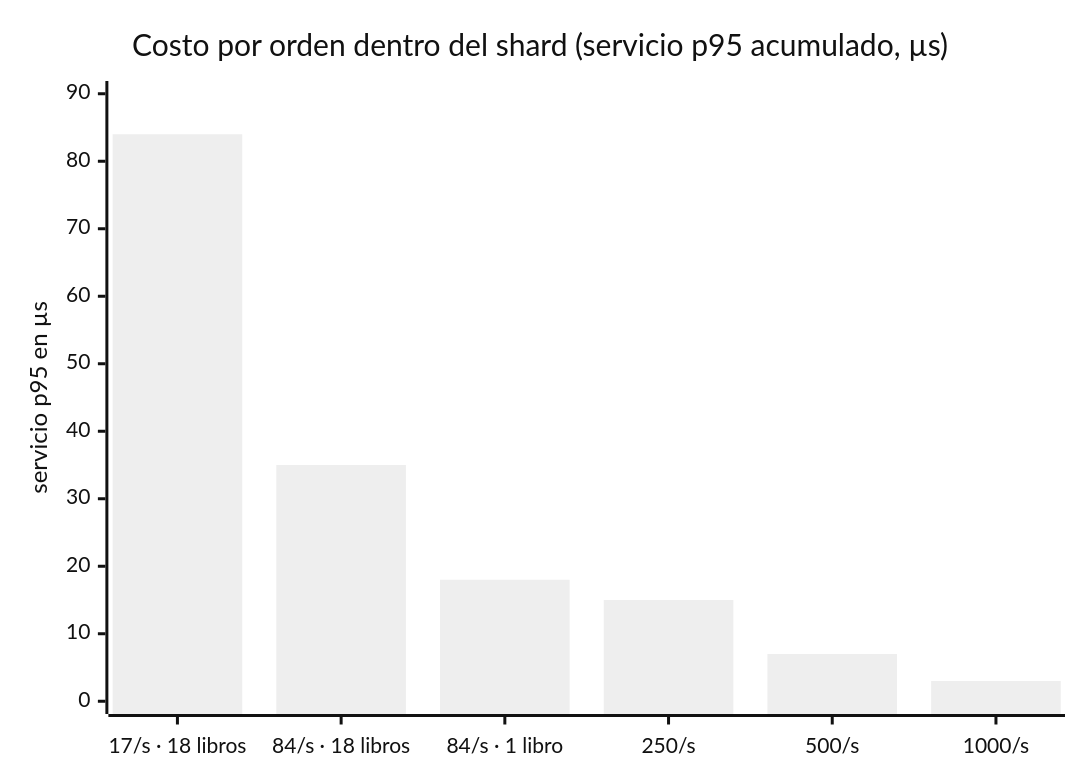
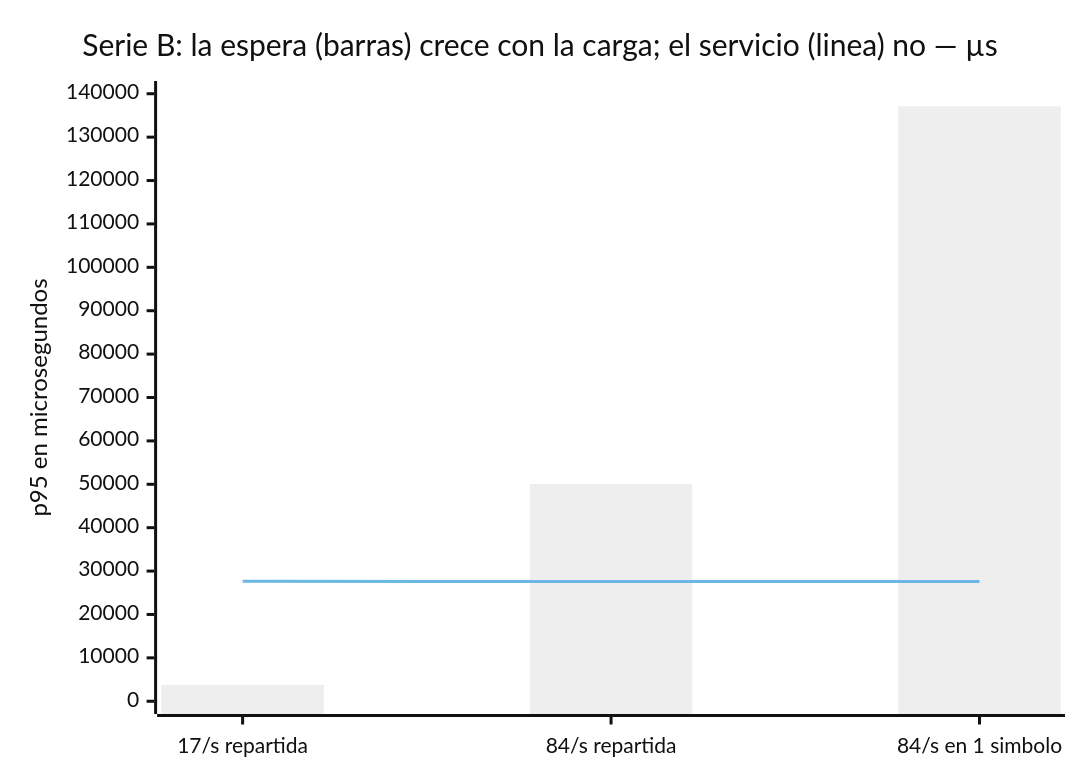
One commit to MATI-MBIT/arqsoft-reto-1 changed the ninth of 9 diagrams in docs/experimento-e01.md. Above: the diagram before and after it, drawn with Mermaid (neutral theme). The commit also changed other lines of this file and 2 other files, not shown here.

First line of the commit message:
docs: corrida oficial con punto de operacion declarado (S = 8 ms) y tres conclusiones corregidas

````diff
--- a/docs/experimento-e01.md
+++ b/docs/experimento-e01.md
@@ -211,7 +215,8 @@
 ```mermaid
 xychart-beta
-    title "Costo por orden dentro del shard (servicio p95 acumulado, µs)"
-    x-axis ["17/s · 18 libros", "84/s · 18 libros", "84/s · 1 libro", "250/s", "500/s", "1000/s"]
-    y-axis "servicio p95 en µs" 0 --> 90
-    bar [84, 35, 18, 15, 7, 3]
+    title "Serie B: la espera (barras) crece con la carga; el servicio (linea) no — µs"
+    x-axis ["17/s repartida", "84/s repartida", "84/s en 1 simbolo"]
+    y-axis "p95 en microsegundos" 0 --> 140000
+    bar [3790, 50080, 137090]
+    line [27630, 27600, 27600]
 ```
````
